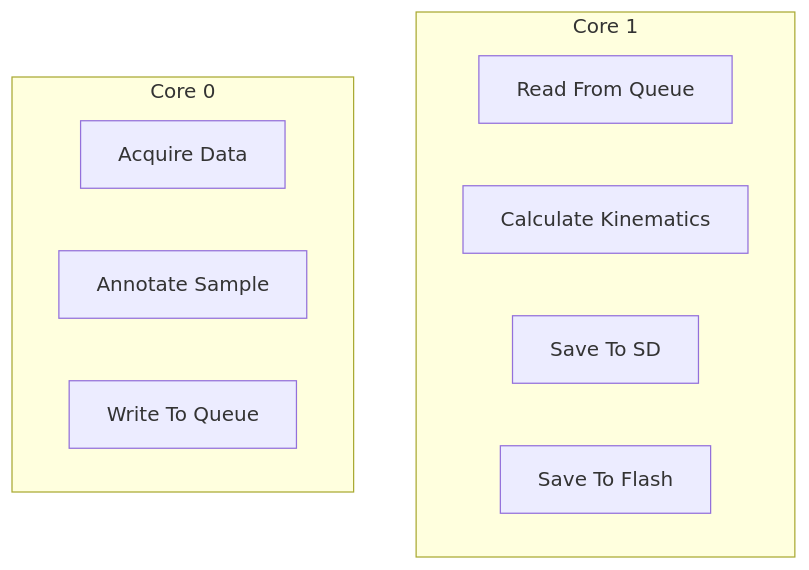
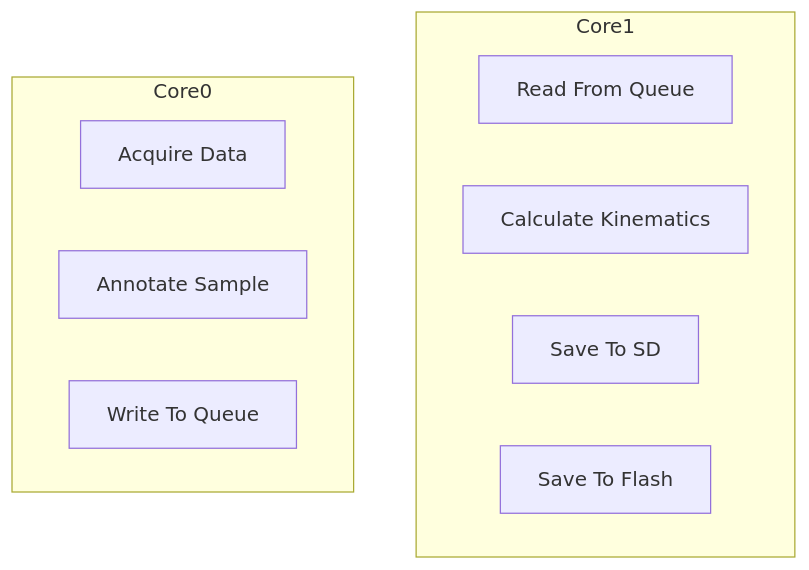
The second of 3 diagrams in README.md (Bethel-University-Rocket-Club/PicoC2425), drawn with Mermaid before and after one commit. The commit also changed other lines of this file, not shown here.

````diff
--- a/README.md
+++ b/README.md
@@ -28,15 +29,15 @@
 ```mermaid
 graph TD
-    subgraph core1[Core 1]
+    subgraph core1[Core1]
         queue1[Read From Queue]
         calculate[Calculate Kinematics]
         write0[Save To SD]
         write1[Save To Flash]
     end
 
-    subgraph core0[Core 0]
+    subgraph core0[Core0]
         acquire[Acquire Data]
         annotate[Annotate Sample]
         queue0[Write To Queue]
     end
 ```
````
